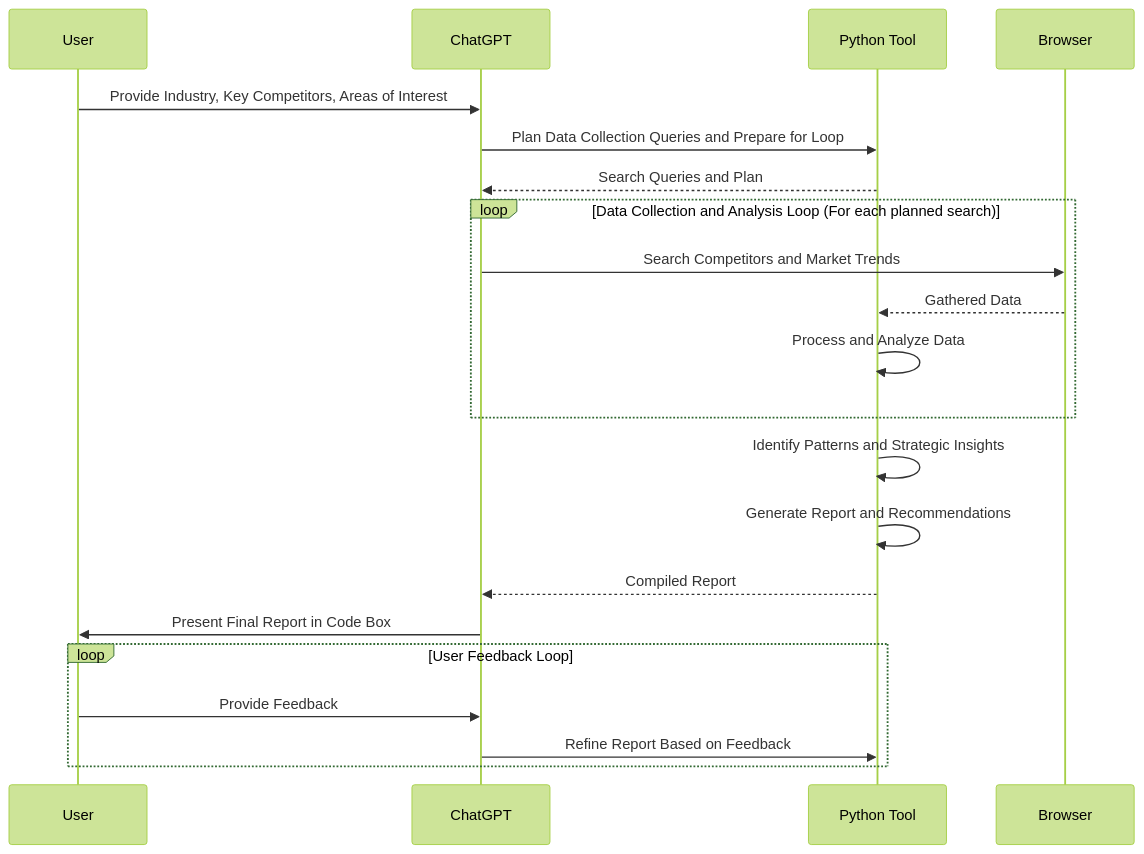
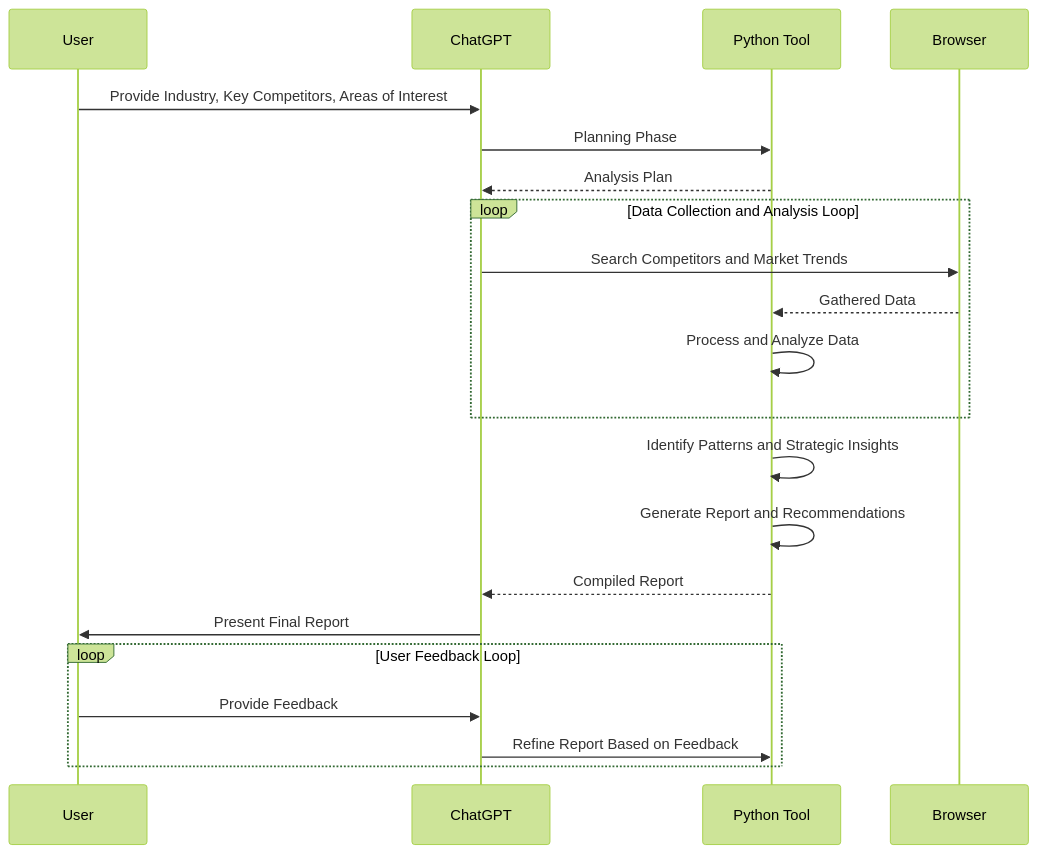
Before and after one commit to nerority/Advanced-GPTs: diagram 11 of 11 in README.md, drawn with Mermaid (forest theme). The commit also changed other lines of this file, not shown here.

````diff
--- a/README.md
+++ b/README.md
@@ -524,25 +524,24 @@
 ```mermaid
 sequenceDiagram
     participant User
     participant ChatGPT
     participant PythonTool as Python Tool
     participant Browser
 
     User->>ChatGPT: Provide Industry, Key Competitors, Areas of Interest
-    ChatGPT->>PythonTool: Plan Data Collection Queries and Prepare for Loop
-    PythonTool-->>ChatGPT: Search Queries and Plan
-    loop Data Collection and Analysis Loop (For each planned search)
+    ChatGPT->>PythonTool: Planning Phase
+    PythonTool-->>ChatGPT: Analysis Plan
+    loop Data Collection and Analysis Loop
         ChatGPT->>Browser: Search Competitors and Market Trends
         Browser-->>PythonTool: Gathered Data
         PythonTool->>PythonTool: Process and Analyze Data
     end
     PythonTool->>PythonTool: Identify Patterns and Strategic Insights
     PythonTool->>PythonTool: Generate Report and Recommendations
     PythonTool-->>ChatGPT: Compiled Report
-    ChatGPT->>User: Present Final Report in Code Box
+    ChatGPT->>User: Present Final Report
     loop User Feedback Loop
         User->>ChatGPT: Provide Feedback
         ChatGPT->>PythonTool: Refine Report Based on Feedback
     end
-
 ```
````
